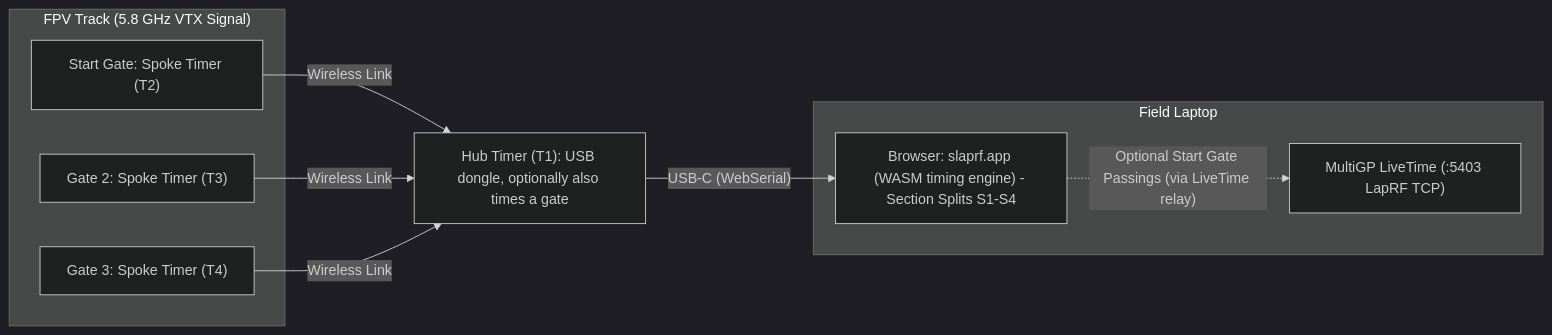
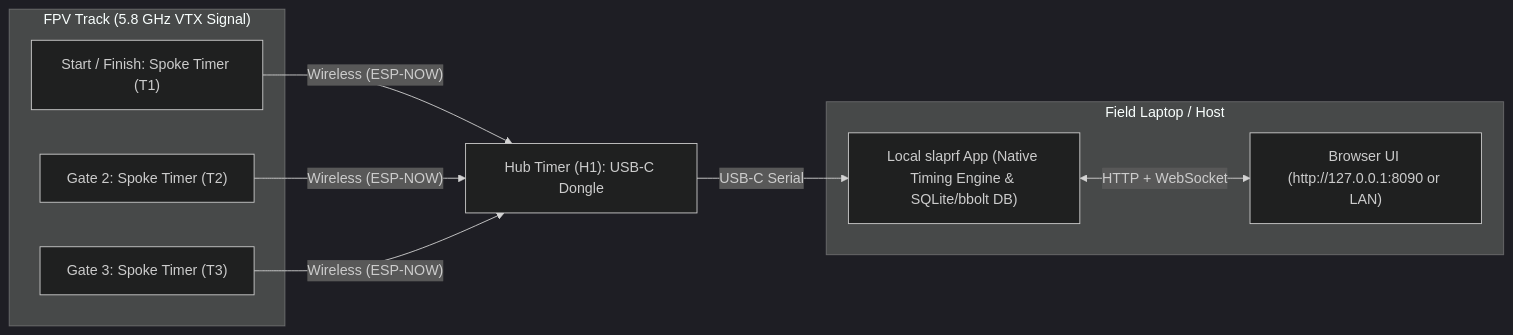
Before and after one commit to kaack/SlapRF: the first of 2 diagrams in README.md, drawn with Mermaid (dark theme). The commit also changed other lines of this file and 12 other files, not shown here.

Commit message:
Update README & architecture docs and add showcase demo dataset

````diff
--- a/README.md
+++ b/README.md
@@ -35,21 +43,21 @@
 ```mermaid
 flowchart LR
     subgraph Track["FPV Track (5.8 GHz VTX Signal)"]
-        T2["Start Gate: Spoke Timer (T2)"]
-        T3["Gate 2: Spoke Timer (T3)"]
-        T4["Gate 3: Spoke Timer (T4)"]
+        T1["Start / Finish: Spoke Timer (T1)"]
+        T2["Gate 2: Spoke Timer (T2)"]
+        T3["Gate 3: Spoke Timer (T3)"]
     end
 
-    T1["Hub Timer (T1): USB dongle, optionally also times a gate"]
+    H1["Hub Timer (H1): USB-C Dongle"]
 
-    subgraph Laptop["Field Laptop"]
-        UI["Browser: slaprf.app (WASM timing engine) - Section Splits S1-S4"]
-        LiveTime["MultiGP LiveTime (:5403 LapRF TCP)"]
+    subgraph Laptop["Field Laptop / Host"]
+        Server["Local slaprf App (Native Timing Engine & SQLite/bbolt DB)"]
+        Browser["Browser UI (http://127.0.0.1:8090 or LAN)"]
     end
 
-    T2 -- "Wireless Link" --> T1
-    T3 -- "Wireless Link" --> T1
-    T4 -- "Wireless Link" --> T1
-    T1 -- "USB-C (WebSerial)" --> UI
-    UI -. "Optional Start Gate Passings (via LiveTime relay)" .-> LiveTime
+    T1 -- "Wireless (ESP-NOW)" --> H1
+    T2 -- "Wireless (ESP-NOW)" --> H1
+    T3 -- "Wireless (ESP-NOW)" --> H1
+    H1 -- "USB-C Serial" --> Server
+    Server <-->|"HTTP + WebSocket"| Browser
 ```
````
